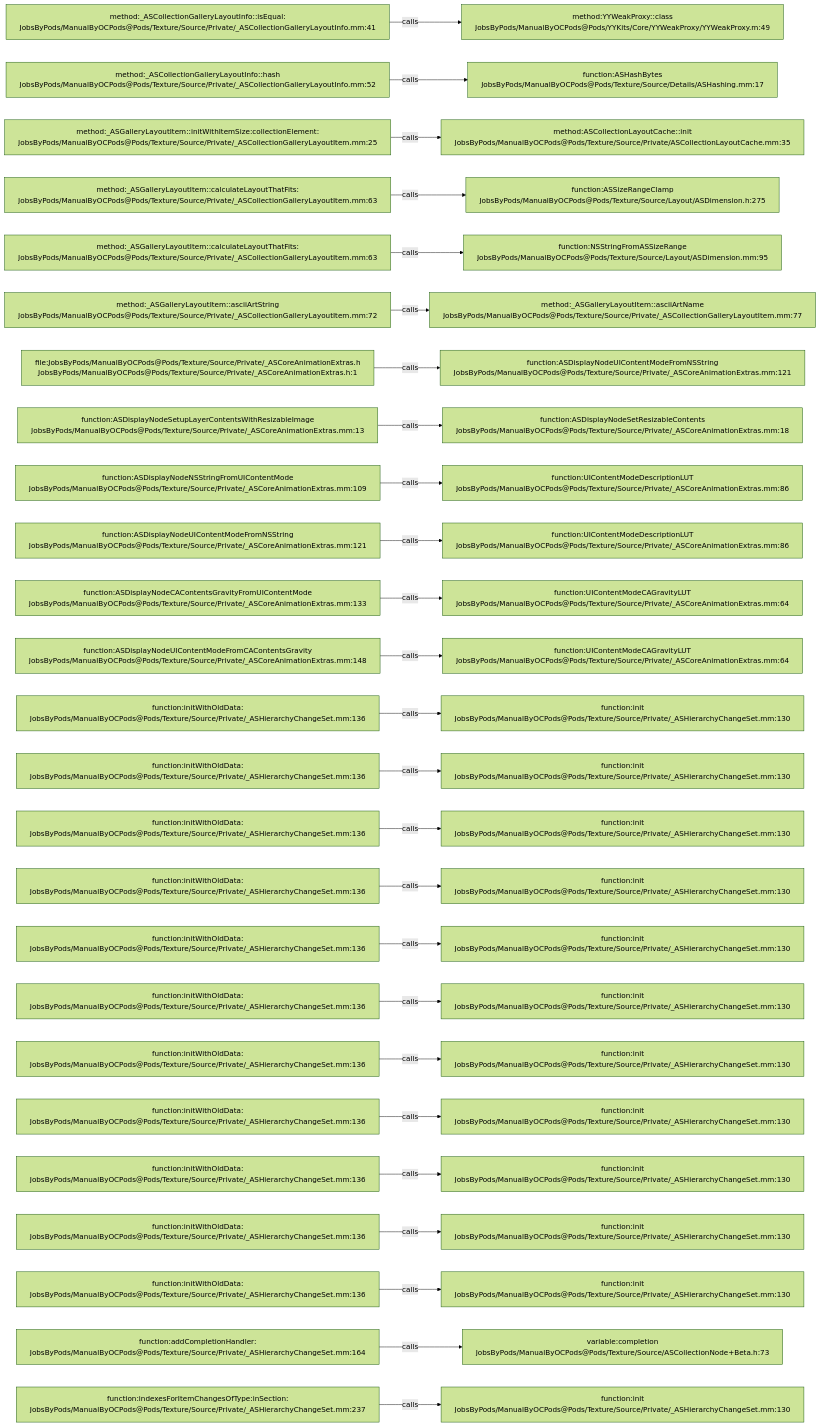
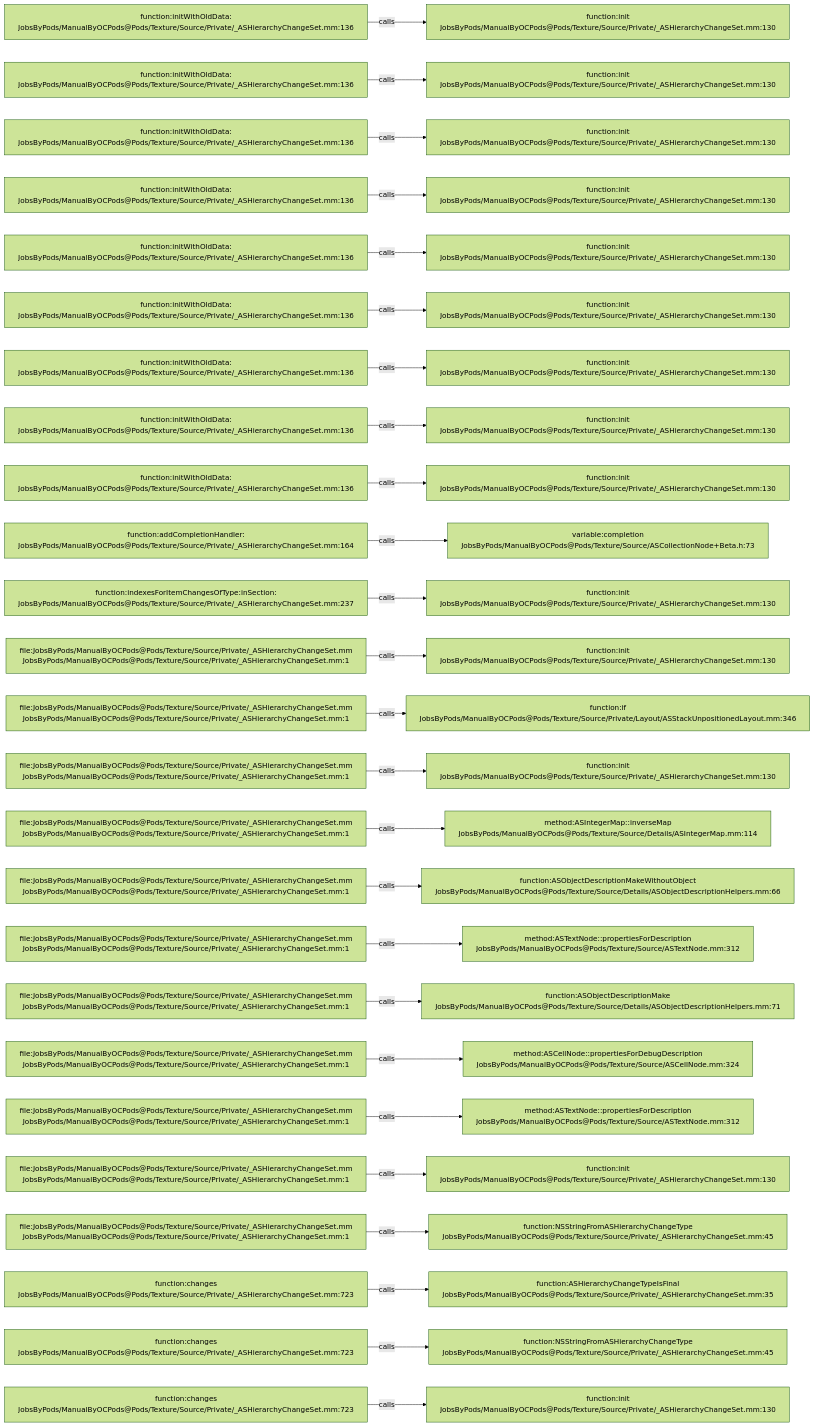
Before and after one commit to JobsKits/JobsOCBaseConfigDemo: the diagram in .codegraph/codegraph.md/graphs/calls-199.md, drawn with Mermaid (forest theme). The commit also changed 296 other files, not shown here.

````diff
--- a/.codegraph/codegraph.md/graphs/calls-199.md
+++ b/.codegraph/codegraph.md/graphs/calls-199.md
@@ -13,78 +13,78 @@
 ```mermaid
 flowchart LR
-  S1["method:_ASCollectionGalleryLayoutInfo::isEqual:<br/>JobsByPods/ManualByOCPods@Pods/Texture/Source/Private/_ASCollectionGalleryLayoutInfo.mm:41"]
-  T1["method:YYWeakProxy::class<br/>JobsByPods/ManualByOCPods@Pods/YYKits/Core/YYWeakProxy/YYWeakProxy.m:49"]
+  S1["function:initWithOldData:<br/>JobsByPods/ManualByOCPods@Pods/Texture/Source/Private/_ASHierarchyChangeSet.mm:136"]
+  T1["function:init<br/>JobsByPods/ManualByOCPods@Pods/Texture/Source/Private/_ASHierarchyChangeSet.mm:130"]
   S1 -->|calls| T1
-  S2["method:_ASCollectionGalleryLayoutInfo::hash<br/>JobsByPods/ManualByOCPods@Pods/Texture/Source/Private/_ASCollectionGalleryLayoutInfo.mm:52"]
-  T2["function:ASHashBytes<br/>JobsByPods/ManualByOCPods@Pods/Texture/Source/Details/ASHashing.mm:17"]
+  S2["function:initWithOldData:<br/>JobsByPods/ManualByOCPods@Pods/Texture/Source/Private/_ASHierarchyChangeSet.mm:136"]
+  T2["function:init<br/>JobsByPods/ManualByOCPods@Pods/Texture/Source/Private/_ASHierarchyChangeSet.mm:130"]
   S2 -->|calls| T2
-  S3["method:_ASGalleryLayoutItem::initWithItemSize:collectionElement:<br/>JobsByPods/ManualByOCPods@Pods/Texture/Source/Private/_ASCollectionGalleryLayoutItem.mm:25"]
-  T3["method:ASCollectionLayoutCache::init<br/>JobsByPods/ManualByOCPods@Pods/Texture/Source/Private/ASCollectionLayoutCache.mm:35"]
+  S3["function:initWithOldData:<br/>JobsByPods/ManualByOCPods@Pods/Texture/Source/Private/_ASHierarchyChangeSet.mm:136"]
+  T3["function:init<br/>JobsByPods/ManualByOCPods@Pods/Texture/Source/Private/_ASHierarchyChangeSet.mm:130"]
   S3 -->|calls| T3
-  S4["method:_ASGalleryLayoutItem::calculateLayoutThatFits:<br/>JobsByPods/ManualByOCPods@Pods/Texture/Source/Private/_ASCollectionGalleryLayoutItem.mm:63"]
-  T4["function:ASSizeRangeClamp<br/>JobsByPods/ManualByOCPods@Pods/Texture/Source/Layout/ASDimension.h:275"]
+  S4["function:initWithOldData:<br/>JobsByPods/ManualByOCPods@Pods/Texture/Source/Private/_ASHierarchyChangeSet.mm:136"]
+  T4["function:init<br/>JobsByPods/ManualByOCPods@Pods/Texture/Source/Private/_ASHierarchyChangeSet.mm:130"]
   S4 -->|calls| T4
-  S5["method:_ASGalleryLayoutItem::calculateLayoutThatFits:<br/>JobsByPods/ManualByOCPods@Pods/Texture/Source/Private/_ASCollectionGalleryLayoutItem.mm:63"]
-  T5["function:NSStringFromASSizeRange<br/>JobsByPods/ManualByOCPods@Pods/Texture/Source/Layout/ASDimension.mm:95"]
+  S5["function:initWithOldData:<br/>JobsByPods/ManualByOCPods@Pods/Texture/Source/Private/_ASHierarchyChangeSet.mm:136"]
+  T5["function:init<br/>JobsByPods/ManualByOCPods@Pods/Texture/Source/Private/_ASHierarchyChangeSet.mm:130"]
   S5 -->|calls| T5
-  S6["method:_ASGalleryLayoutItem::asciiArtString<br/>JobsByPods/ManualByOCPods@Pods/Texture/Source/Private/_ASCollectionGalleryLayoutItem.mm:72"]
-  T6["method:_ASGalleryLayoutItem::asciiArtName<br/>JobsByPods/ManualByOCPods@Pods/Texture/Source/Private/_ASCollectionGalleryLayoutItem.mm:77"]
+  S6["function:initWithOldData:<br/>JobsByPods/ManualByOCPods@Pods/Texture/Source/Private/_ASHierarchyChangeSet.mm:136"]
+  T6["function:init<br/>JobsByPods/ManualByOCPods@Pods/Texture/Source/Private/_ASHierarchyChangeSet.mm:130"]
   S6 -->|calls| T6
-  S7["file:JobsByPods/ManualByOCPods@Pods/Texture/Source/Private/_ASCoreAnimationExtras.h<br/>JobsByPods/ManualByOCPods@Pods/Texture/Source/Private/_ASCoreAnimationExtras.h:1"]
-  T7["function:ASDisplayNodeUIContentModeFromNSString<br/>JobsByPods/ManualByOCPods@Pods/Texture/Source/Private/_ASCoreAnimationExtras.mm:121"]
+  S7["function:initWithOldData:<br/>JobsByPods/ManualByOCPods@Pods/Texture/Source/Private/_ASHierarchyChangeSet.mm:136"]
+  T7["function:init<br/>JobsByPods/ManualByOCPods@Pods/Texture/Source/Private/_ASHierarchyChangeSet.mm:130"]
   S7 -->|calls| T7
-  S8["function:ASDisplayNodeSetupLayerContentsWithResizableImage<br/>JobsByPods/ManualByOCPods@Pods/Texture/Source/Private/_ASCoreAnimationExtras.mm:13"]
-  T8["function:ASDisplayNodeSetResizableContents<br/>JobsByPods/ManualByOCPods@Pods/Texture/Source/Private/_ASCoreAnimationExtras.mm:18"]
+  S8["function:initWithOldData:<br/>JobsByPods/ManualByOCPods@Pods/Texture/Source/Private/_ASHierarchyChangeSet.mm:136"]
+  T8["function:init<br/>JobsByPods/ManualByOCPods@Pods/Texture/Source/Private/_ASHierarchyChangeSet.mm:130"]
   S8 -->|calls| T8
-  S9["function:ASDisplayNodeNSStringFromUIContentMode<br/>JobsByPods/ManualByOCPods@Pods/Texture/Source/Private/_ASCoreAnimationExtras.mm:109"]
-  T9["function:UIContentModeDescriptionLUT<br/>JobsByPods/ManualByOCPods@Pods/Texture/Source/Private/_ASCoreAnimationExtras.mm:86"]
+  S9["function:initWithOldData:<br/>JobsByPods/ManualByOCPods@Pods/Texture/Source/Private/_ASHierarchyChangeSet.mm:136"]
+  T9["function:init<br/>JobsByPods/ManualByOCPods@Pods/Texture/Source/Private/_ASHierarchyChangeSet.mm:130"]
   S9 -->|calls| T9
-  S10["function:ASDisplayNodeUIContentModeFromNSString<br/>JobsByPods/ManualByOCPods@Pods/Texture/Source/Private/_ASCoreAnimationExtras.mm:121"]
-  T10["function:UIContentModeDescriptionLUT<br/>JobsByPods/ManualByOCPods@Pods/Texture/Source/Private/_ASCoreAnimationExtras.mm:86"]
+  S10["function:addCompletionHandler:<br/>JobsByPods/ManualByOCPods@Pods/Texture/Source/Private/_ASHierarchyChangeSet.mm:164"]
+  T10["variable:completion<br/>JobsByPods/ManualByOCPods@Pods/Texture/Source/ASCollectionNode+Beta.h:73"]
   S10 -->|calls| T10
-  S11["function:ASDisplayNodeCAContentsGravityFromUIContentMode<br/>JobsByPods/ManualByOCPods@Pods/Texture/Source/Private/_ASCoreAnimationExtras.mm:133"]
-  T11["function:UIContentModeCAGravityLUT<br/>JobsByPods/ManualByOCPods@Pods/Texture/Source/Private/_ASCoreAnimationExtras.mm:64"]
+  S11["function:indexesForItemChangesOfType:inSection:<br/>JobsByPods/ManualByOCPods@Pods/Texture/Source/Private/_ASHierarchyChangeSet.mm:237"]
+  T11["function:init<br/>JobsByPods/ManualByOCPods@Pods/Texture/Source/Private/_ASHierarchyChangeSet.mm:130"]
   S11 -->|calls| T11
-  S12["function:ASDisplayNodeUIContentModeFromCAContentsGravity<br/>JobsByPods/ManualByOCPods@Pods/Texture/Source/Private/_ASCoreAnimationExtras.mm:148"]
-  T12["function:UIContentModeCAGravityLUT<br/>JobsByPods/ManualByOCPods@Pods/Texture/Source/Private/_ASCoreAnimationExtras.mm:64"]
+  S12["file:JobsByPods/ManualByOCPods@Pods/Texture/Source/Private/_ASHierarchyChangeSet.mm<br/>JobsByPods/ManualByOCPods@Pods/Texture/Source/Private/_ASHierarchyChangeSet.mm:1"]
+  T12["function:init<br/>JobsByPods/ManualByOCPods@Pods/Texture/Source/Private/_ASHierarchyChangeSet.mm:130"]
   S12 -->|calls| T12
-  S13["function:initWithOldData:<br/>JobsByPods/ManualByOCPods@Pods/Texture/Source/Private/_ASHierarchyChangeSet.mm:136"]
-  T13["function:init<br/>JobsByPods/ManualByOCPods@Pods/Texture/Source/Private/_ASHierarchyChangeSet.mm:130"]
+  S13["file:JobsByPods/ManualByOCPods@Pods/Texture/Source/Private/_ASHierarchyChangeSet.mm<br/>JobsByPods/ManualByOCPods@Pods/Texture/Source/Private/_ASHierarchyChangeSet.mm:1"]
+  T13["function:if<br/>JobsByPods/ManualByOCPods@Pods/Texture/Source/Private/Layout/ASStackUnpositionedLayout.mm:346"]
   S13 -->|calls| T13
-  S14["function:initWithOldData:<br/>JobsByPods/ManualByOCPods@Pods/Texture/Source/Private/_ASHierarchyChangeSet.mm:136"]
+  S14["file:JobsByPods/ManualByOCPods@Pods/Texture/Source/Private/_ASHierarchyChangeSet.mm<br/>JobsByPods/ManualByOCPods@Pods/Texture/Source/Private/_ASHierarchyChangeSet.mm:1"]
   T14["function:init<br/>JobsByPods/ManualByOCPods@Pods/Texture/Source/Private/_ASHierarchyChangeSet.mm:130"]
   S14 -->|calls| T14
-  S15["function:initWithOldData:<br/>JobsByPods/ManualByOCPods@Pods/Texture/Source/Private/_ASHierarchyChangeSet.mm:136"]
-  T15["function:init<br/>JobsByPods/ManualByOCPods@Pods/Texture/Source/Private/_ASHierarchyChangeSet.mm:130"]
+  S15["file:JobsByPods/ManualByOCPods@Pods/Texture/Source/Private/_ASHierarchyChangeSet.mm<br/>JobsByPods/ManualByOCPods@Pods/Texture/Source/Private/_ASHierarchyChangeSet.mm:1"]
+  T15["method:ASIntegerMap::inverseMap<br/>JobsByPods/ManualByOCPods@Pods/Texture/Source/Details/ASIntegerMap.mm:114"]
   S15 -->|calls| T15
-  S16["function:initWithOldData:<br/>JobsByPods/ManualByOCPods@Pods/Texture/Source/Private/_ASHierarchyChangeSet.mm:136"]
-  T16["function:init<br/>JobsByPods/ManualByOCPods@Pods/Texture/Source/Private/_ASHierarchyChangeSet.mm:130"]
+  S16["file:JobsByPods/ManualByOCPods@Pods/Texture/Source/Private/_ASHierarchyChangeSet.mm<br/>JobsByPods/ManualByOCPods@Pods/Texture/Source/Private/_ASHierarchyChangeSet.mm:1"]
+  T16["function:ASObjectDescriptionMakeWithoutObject<br/>JobsByPods/ManualByOCPods@Pods/Texture/Source/Details/ASObjectDescriptionHelpers.mm:66"]
   S16 -->|calls| T16
-  S17["function:initWithOldData:<br/>JobsByPods/ManualByOCPods@Pods/Texture/Source/Private/_ASHierarchyChangeSet.mm:136"]
-  T17["function:init<br/>JobsByPods/ManualByOCPods@Pods/Texture/Source/Private/_ASHierarchyChangeSet.mm:130"]
+  S17["file:JobsByPods/ManualByOCPods@Pods/Texture/Source/Private/_ASHierarchyChangeSet.mm<br/>JobsByPods/ManualByOCPods@Pods/Texture/Source/Private/_ASHierarchyChangeSet.mm:1"]
+  T17["method:ASTextNode::propertiesForDescription<br/>JobsByPods/ManualByOCPods@Pods/Texture/Source/ASTextNode.mm:312"]
   S17 -->|calls| T17
-  S18["function:initWithOldData:<br/>JobsByPods/ManualByOCPods@Pods/Texture/Source/Private/_ASHierarchyChangeSet.mm:136"]
-  T18["function:init<br/>JobsByPods/ManualByOCPods@Pods/Texture/Source/Private/_ASHierarchyChangeSet.mm:130"]
+  S18["file:JobsByPods/ManualByOCPods@Pods/Texture/Source/Private/_ASHierarchyChangeSet.mm<br/>JobsByPods/ManualByOCPods@Pods/Texture/Source/Private/_ASHierarchyChangeSet.mm:1"]
+  T18["function:ASObjectDescriptionMake<br/>JobsByPods/ManualByOCPods@Pods/Texture/Source/Details/ASObjectDescriptionHelpers.mm:71"]
   S18 -->|calls| T18
-  S19["function:initWithOldData:<br/>JobsByPods/ManualByOCPods@Pods/Texture/Source/Private/_ASHierarchyChangeSet.mm:136"]
-  T19["function:init<br/>JobsByPods/ManualByOCPods@Pods/Texture/Source/Private/_ASHierarchyChangeSet.mm:130"]
+  S19["file:JobsByPods/ManualByOCPods@Pods/Texture/Source/Private/_ASHierarchyChangeSet.mm<br/>JobsByPods/ManualByOCPods@Pods/Texture/Source/Private/_ASHierarchyChangeSet.mm:1"]
+  T19["method:ASCellNode::propertiesForDebugDescription<br/>JobsByPods/ManualByOCPods@Pods/Texture/Source/ASCellNode.mm:324"]
   S19 -->|calls| T19
-  S20["function:initWithOldData:<br/>JobsByPods/ManualByOCPods@Pods/Texture/Source/Private/_ASHierarchyChangeSet.mm:136"]
-  T20["function:init<br/>JobsByPods/ManualByOCPods@Pods/Texture/Source/Private/_ASHierarchyChangeSet.mm:130"]
+  S20["file:JobsByPods/ManualByOCPods@Pods/Texture/Source/Private/_ASHierarchyChangeSet.mm<br/>JobsByPods/ManualByOCPods@Pods/Texture/Source/Private/_ASHierarchyChangeSet.mm:1"]
+  T20["method:ASTextNode::propertiesForDescription<br/>JobsByPods/ManualByOCPods@Pods/Texture/Source/ASTextNode.mm:312"]
   S20 -->|calls| T20
-  S21["function:initWithOldData:<br/>JobsByPods/ManualByOCPods@Pods/Texture/Source/Private/_ASHierarchyChangeSet.mm:136"]
+  S21["file:JobsByPods/ManualByOCPods@Pods/Texture/Source/Private/_ASHierarchyChangeSet.mm<br/>JobsByPods/ManualByOCPods@Pods/Texture/Source/Private/_ASHierarchyChangeSet.mm:1"]
   T21["function:init<br/>JobsByPods/ManualByOCPods@Pods/Texture/Source/Private/_ASHierarchyChangeSet.mm:130"]
   S21 -->|calls| T21
-  S22["function:initWithOldData:<br/>JobsByPods/ManualByOCPods@Pods/Texture/Source/Private/_ASHierarchyChangeSet.mm:136"]
-  T22["function:init<br/>JobsByPods/ManualByOCPods@Pods/Texture/Source/Private/_ASHierarchyChangeSet.mm:130"]
+  S22["file:JobsByPods/ManualByOCPods@Pods/Texture/Source/Private/_ASHierarchyChangeSet.mm<br/>JobsByPods/ManualByOCPods@Pods/Texture/Source/Private/_ASHierarchyChangeSet.mm:1"]
+  T22["function:NSStringFromASHierarchyChangeType<br/>JobsByPods/ManualByOCPods@Pods/Texture/Source/Private/_ASHierarchyChangeSet.mm:45"]
   S22 -->|calls| T22
-  S23["function:initWithOldData:<br/>JobsByPods/ManualByOCPods@Pods/Texture/Source/Private/_ASHierarchyChangeSet.mm:136"]
-  T23["function:init<br/>JobsByPods/ManualByOCPods@Pods/Texture/Source/Private/_ASHierarchyChangeSet.mm:130"]
+  S23["function:changes<br/>JobsByPods/ManualByOCPods@Pods/Texture/Source/Private/_ASHierarchyChangeSet.mm:723"]
+  T23["function:ASHierarchyChangeTypeIsFinal<br/>JobsByPods/ManualByOCPods@Pods/Texture/Source/Private/_ASHierarchyChangeSet.mm:35"]
   S23 -->|calls| T23
-  S24["function:addCompletionHandler:<br/>JobsByPods/ManualByOCPods@Pods/Texture/Source/Private/_ASHierarchyChangeSet.mm:164"]
-  T24["variable:completion<br/>JobsByPods/ManualByOCPods@Pods/Texture/Source/ASCollectionNode+Beta.h:73"]
+  S24["function:changes<br/>JobsByPods/ManualByOCPods@Pods/Texture/Source/Private/_ASHierarchyChangeSet.mm:723"]
+  T24["function:NSStringFromASHierarchyChangeType<br/>JobsByPods/ManualByOCPods@Pods/Texture/Source/Private/_ASHierarchyChangeSet.mm:45"]
   S24 -->|calls| T24
-  S25["function:indexesForItemChangesOfType:inSection:<br/>JobsByPods/ManualByOCPods@Pods/Texture/Source/Private/_ASHierarchyChangeSet.mm:237"]
+  S25["function:changes<br/>JobsByPods/ManualByOCPods@Pods/Texture/Source/Private/_ASHierarchyChangeSet.mm:723"]
   T25["function:init<br/>JobsByPods/ManualByOCPods@Pods/Texture/Source/Private/_ASHierarchyChangeSet.mm:130"]
   S25 -->|calls| T25
 ```
````
